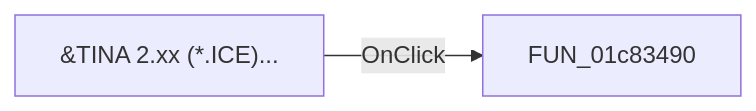
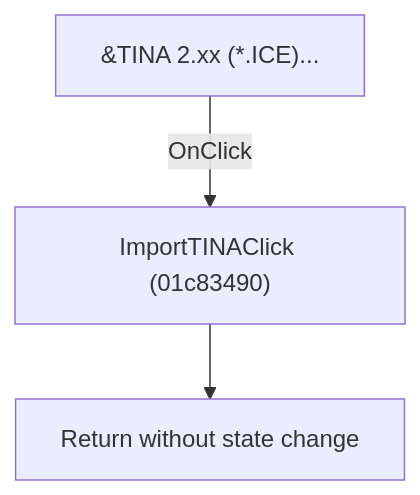
One commit to MovGP0/TIARA changed the diagram in docs/ui-controls/schematiceditor/importtina-3c4c80b043.md. Above: the diagram before and after it, drawn with Mermaid. The commit also changed other lines of this file and 1062 other files, not shown here.

````diff
--- a/docs/ui-controls/schematiceditor/importtina-3c4c80b043.md
+++ b/docs/ui-controls/schematiceditor/importtina-3c4c80b043.md
@@ -27,4 +27,5 @@
 ```mermaid
-flowchart LR
-    control["&TINA 2.xx (*.ICE)..."] -->|OnClick| handler["FUN_01c83490"]
+flowchart TD
+    control["&TINA 2.xx (*.ICE)..."] -->|"OnClick"| handler["ImportTINAClick (01c83490)"]
+    handler --> return["Return without state change"]
 ```
````
